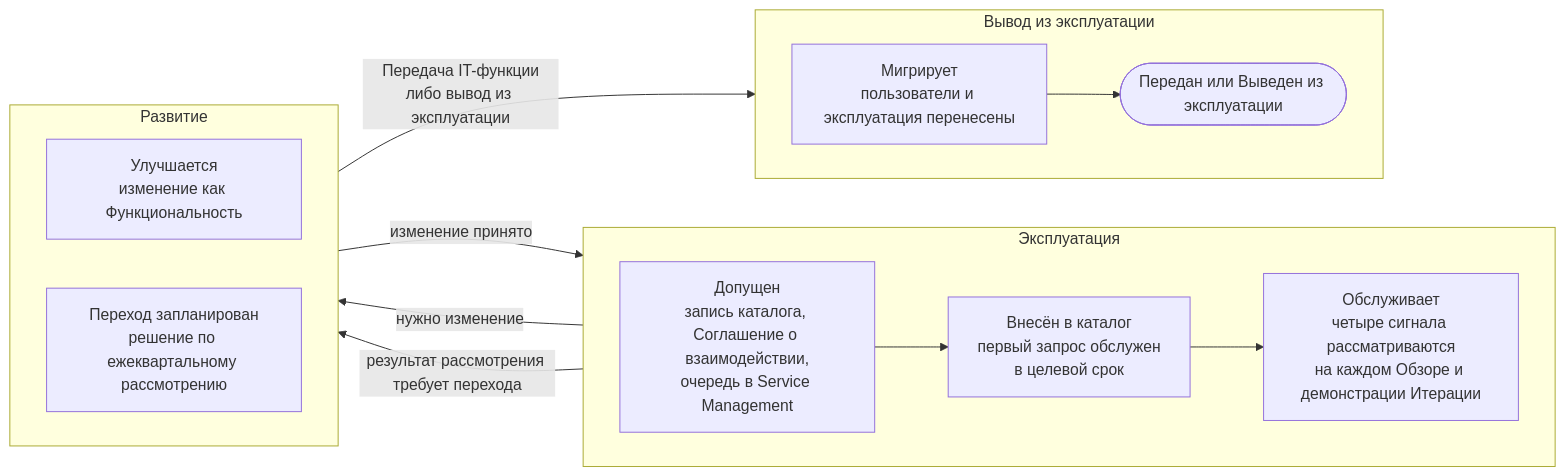
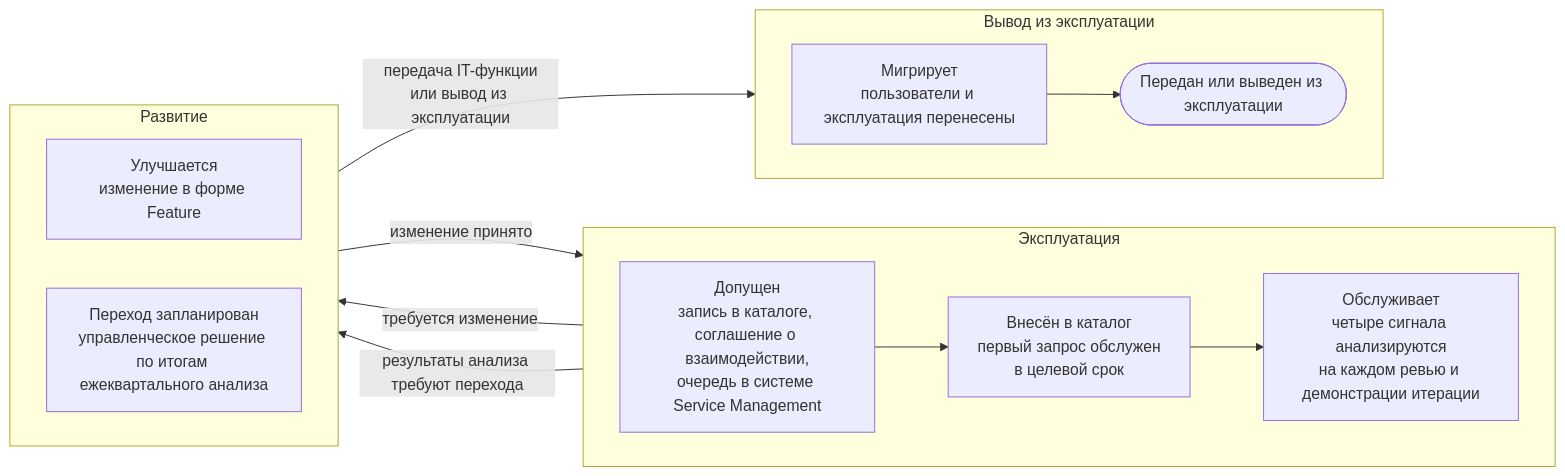
The tenth of 10 diagrams in charter/ru/workflows/service-delivery.md (devhogu/ob-aicc), drawn with Mermaid before and after one commit. The commit also changed other lines of this file and 7 other files, not shown here.

````diff
--- a/charter/ru/workflows/service-delivery.md
+++ b/charter/ru/workflows/service-delivery.md
@@ -283,20 +291,20 @@
 ```mermaid
 flowchart LR
   subgraph OP["Эксплуатация"]
     direction LR
-    A["Допущен<br/>запись каталога, Соглашение о взаимодействии,<br/>очередь в Service Management"] --> C["Внесён в каталог<br/>первый запрос обслужен<br/>в целевой срок"] --> I["Обслуживает<br/>четыре сигнала рассматриваются<br/>на каждом Обзоре и демонстрации Итерации"]
+    A["Допущен<br/>запись в каталоге, соглашение о взаимодействии,<br/>очередь в системе Service Management"] --> C["Внесён в каталог<br/>первый запрос обслужен<br/>в целевой срок"] --> I["Обслуживает<br/>четыре сигнала анализируются<br/>на каждом ревью и демонстрации итерации"]
   end
   subgraph EV["Развитие"]
     direction LR
-    M["Улучшается<br/>изменение как Функциональность"]
-    T["Переход запланирован<br/>решение по ежеквартальному рассмотрению"]
+    M["Улучшается<br/>изменение в форме Feature"]
+    T["Переход запланирован<br/>управленческое решение по итогам ежеквартального анализа"]
   end
   subgraph RT["Вывод из эксплуатации"]
     direction LR
-    G["Мигрирует<br/>пользователи и эксплуатация перенесены"] --> H(["Передан или Выведен из эксплуатации"])
+    G["Мигрирует<br/>пользователи и эксплуатация перенесены"] --> H(["Передан или выведен из эксплуатации"])
   end
-  I -->|"нужно изменение"| M
+  I -->|"требуется изменение"| M
   M -->|"изменение принято"| I
-  I -->|"результат рассмотрения требует перехода"| T
-  T -->|"Передача IT-функции<br/>либо вывод из эксплуатации"| G
+  I -->|"результаты анализа требуют перехода"| T
+  T -->|"передача IT-функции<br/>или вывод из эксплуатации"| G
 ```
````
